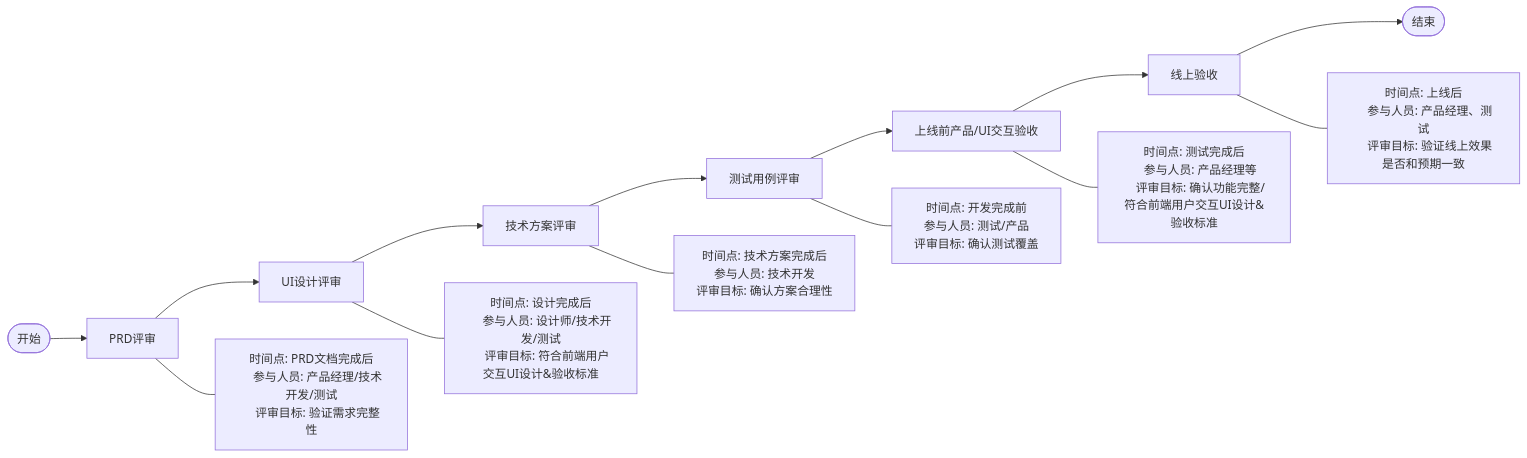
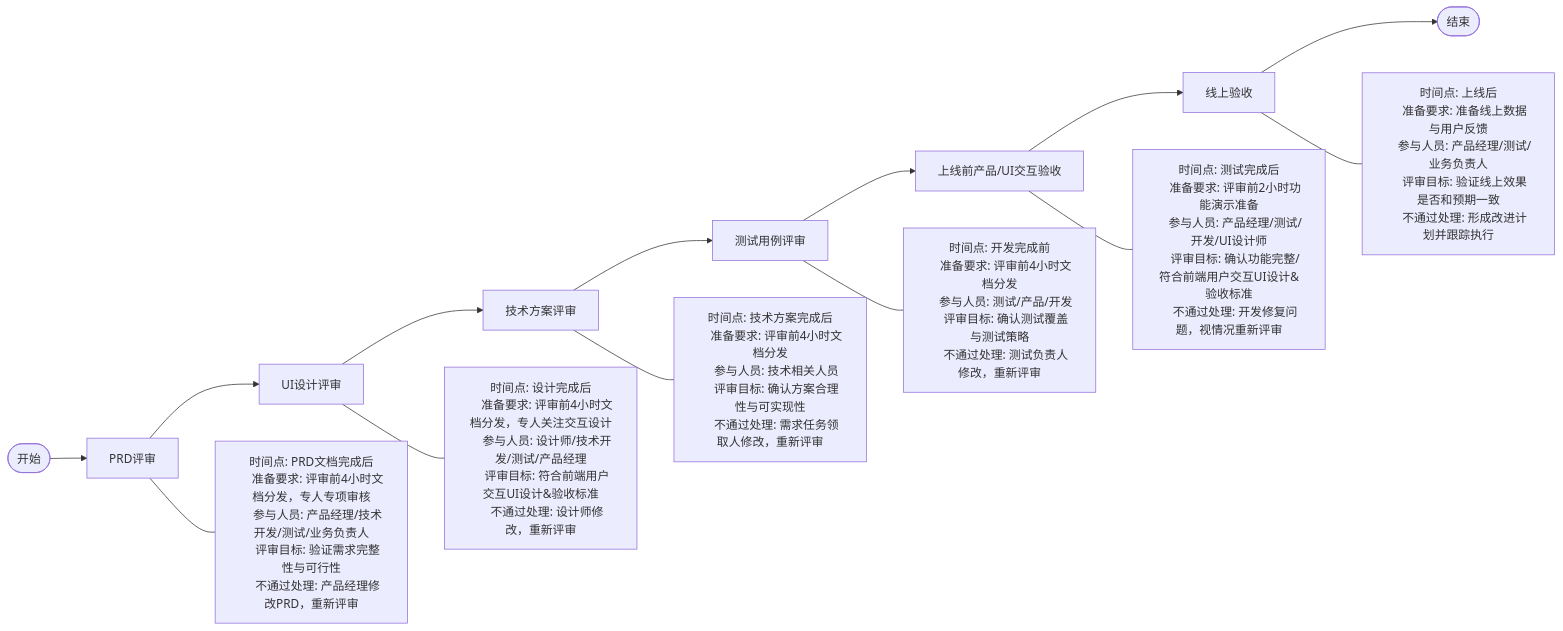
One commit to Taskon-xyz/PR changed the first of 11 diagrams in 开发流程图.md. Above: the diagram before and after it, drawn with Mermaid. The commit also changed other lines of this file and 7 other files, not shown here.

````diff
--- a/开发流程图.md
+++ b/开发流程图.md
@@ -5,35 +5,47 @@
 ```mermaid
 flowchart LR
     Start([开始]) --> PRD[PRD评审]
     PRD --> UI[UI设计评审]
     UI --> Tech[技术方案评审]
     Tech --> Test[测试用例评审]
     Test --> Launch[上线前产品/UI交互验收]
     Launch --> Online[线上验收]
     Online --> End([结束])
   
   
     PRD --- PRD_Info["时间点: PRD文档完成后
-    参与人员: 产品经理/技术开发/测试
-    评审目标: 验证需求完整性"]
+    准备要求: 评审前4小时文档分发，专人专项审核
+    参与人员: 产品经理/技术开发/测试/业务负责人
+    评审目标: 验证需求完整性与可行性
+    不通过处理: 产品经理修改PRD，重新评审"]
   
     UI --- UI_Info["时间点: 设计完成后
-    参与人员: 设计师/技术开发/测试
-    评审目标: 符合前端用户交互UI设计&验收标准"]
+    准备要求: 评审前4小时文档分发，专人关注交互设计
+    参与人员: 设计师/技术开发/测试/产品经理
+    评审目标: 符合前端用户交互UI设计&验收标准
+    不通过处理: 设计师修改，重新评审"]
   
     Tech --- Tech_Info["时间点: 技术方案完成后
-    参与人员: 技术开发
-    评审目标: 确认方案合理性"]
+    准备要求: 评审前4小时文档分发
+    参与人员: 技术相关人员
+    评审目标: 确认方案合理性与可实现性
+    不通过处理: 需求任务领取人修改，重新评审"]
   
     Test --- Test_Info["时间点: 开发完成前
-    参与人员: 测试/产品
-    评审目标: 确认测试覆盖"]
+    准备要求: 评审前4小时文档分发
+    参与人员: 测试/产品/开发
+    评审目标: 确认测试覆盖与测试策略
+    不通过处理: 测试负责人修改，重新评审"]
   
     Launch --- Launch_Info["时间点: 测试完成后
-    参与人员: 产品经理等
-    评审目标: 确认功能完整/符合前端用户交互UI设计&验收标准"]
+    准备要求: 评审前2小时功能演示准备
+    参与人员: 产品经理/测试/开发/UI设计师
+    评审目标: 确认功能完整/符合前端用户交互UI设计&验收标准
+    不通过处理: 开发修复问题，视情况重新评审"]
   
     Online --- Online_Info["时间点: 上线后
-    参与人员: 产品经理、测试
-    评审目标: 验证线上效果是否和预期一致"]
+    准备要求: 准备线上数据与用户反馈
+    参与人员: 产品经理/测试/业务负责人
+    评审目标: 验证线上效果是否和预期一致
+    不通过处理: 形成改进计划并跟踪执行"]
 ```
````
